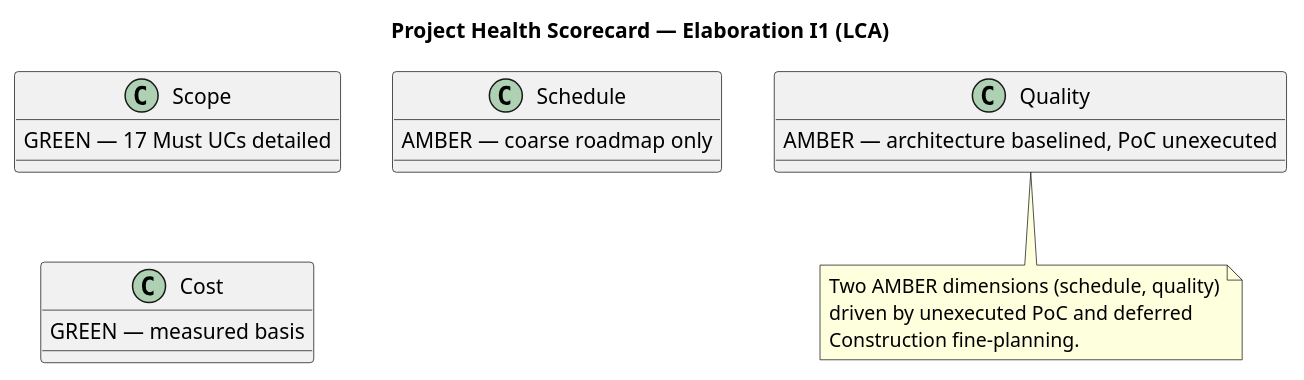
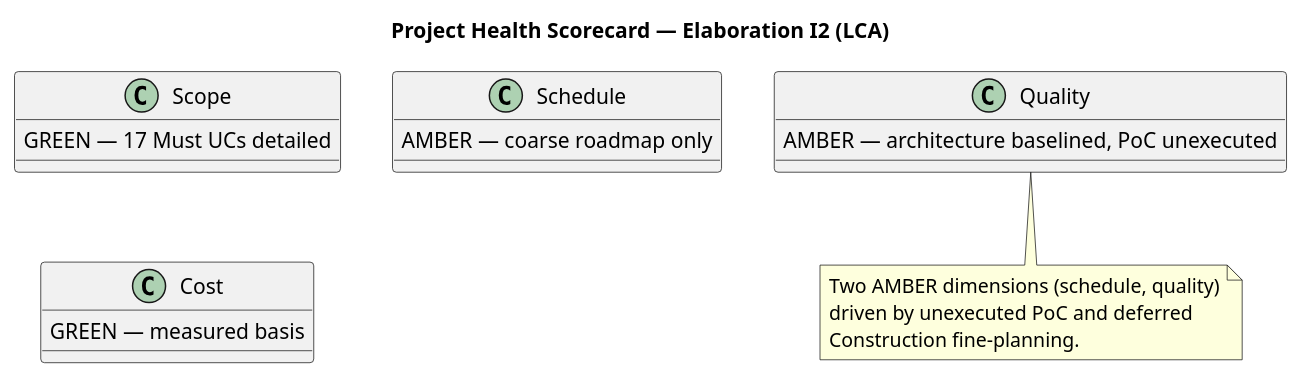
One commit to banense-test/trademe changed the seventh of 8 diagrams in docs/artifacts/project-management/review-record.md. Above: the diagram before and after it, drawn with PlantUML. The commit also changed other lines of this file, not shown here.

````diff
--- a/docs/artifacts/project-management/review-record.md
+++ b/docs/artifacts/project-management/review-record.md
@@ -251,18 +251,18 @@
 ```plantuml
 @startuml
-title Project Health Scorecard — Elaboration I1 (LCA)
+title Project Health Scorecard — Elaboration I2 (LCA)
 class "Scope" as S
 class "Schedule" as SCH
 class "Cost" as C
 class "Quality" as Q
 S : GREEN — 17 Must UCs detailed
 SCH : AMBER — coarse roadmap only
 C : GREEN — measured basis
 Q : AMBER — architecture baselined, PoC unexecuted
 note bottom
   Two AMBER dimensions (schedule, quality)
   driven by unexecuted PoC and deferred
   Construction fine-planning.
 end note
 @enduml
 ```
````
